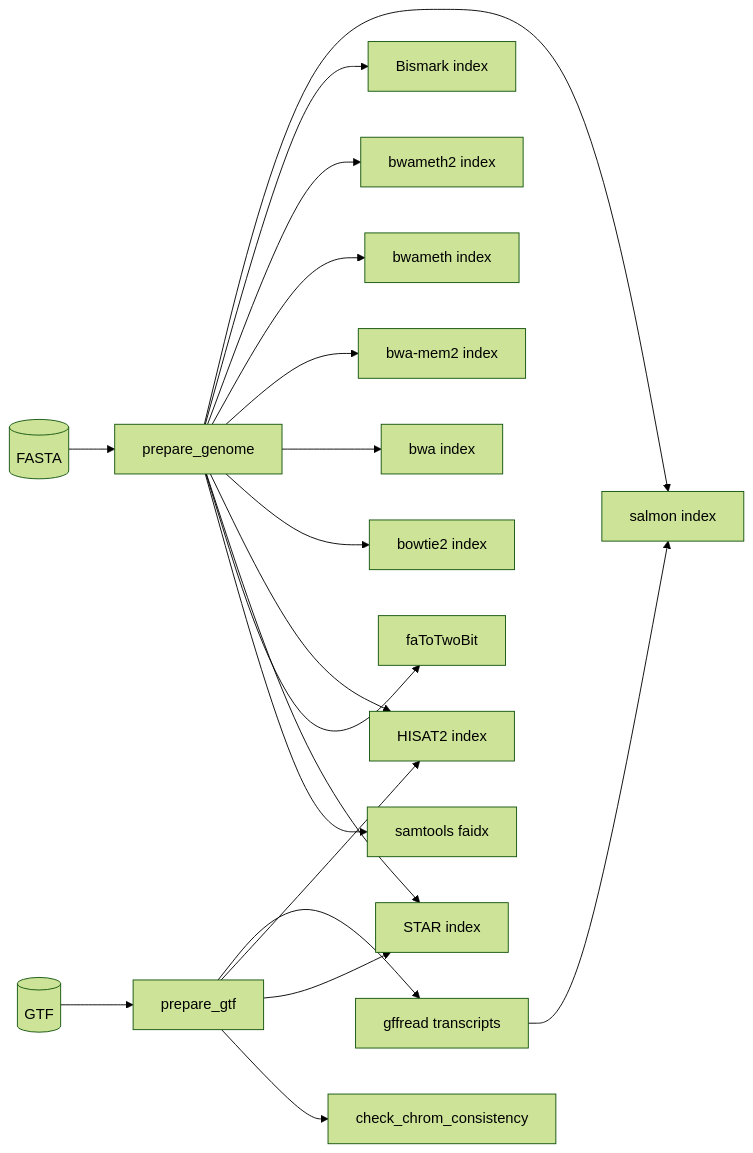
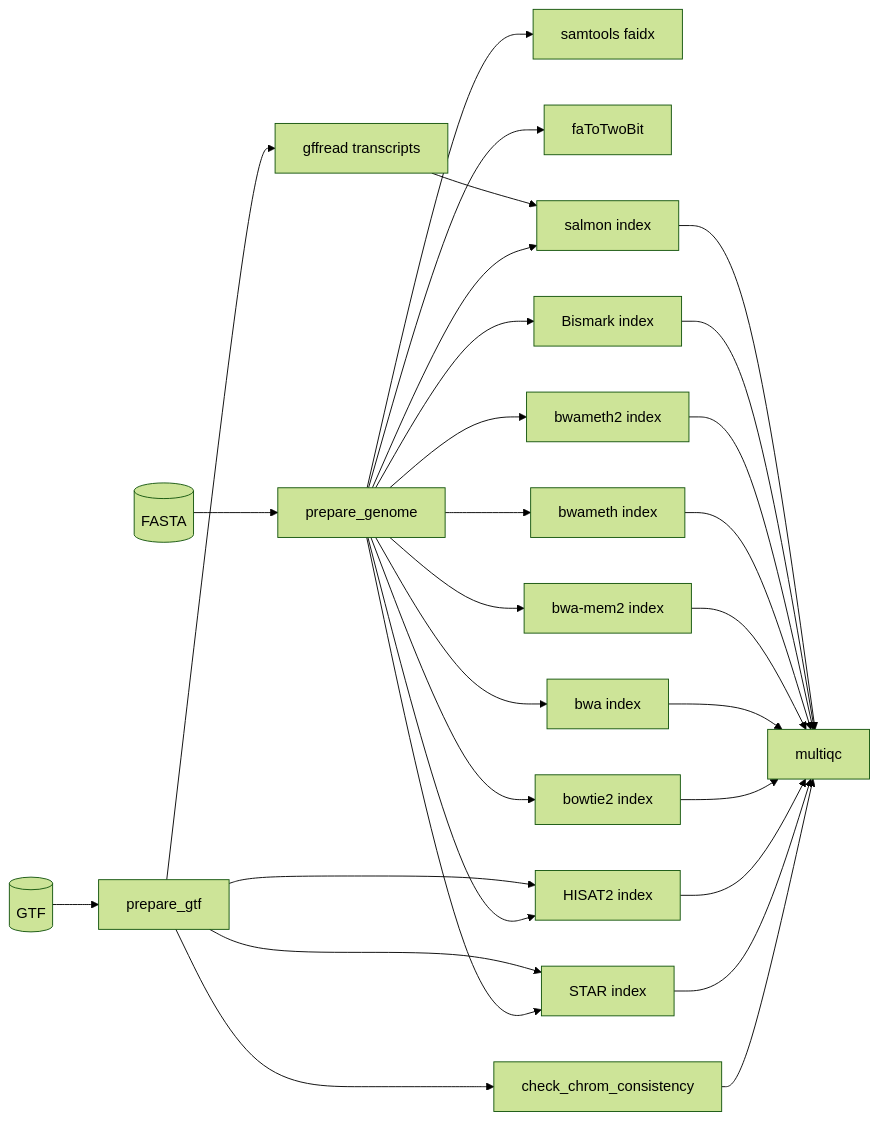
The diagram in README.md (altintasali/aligner-index-builder), drawn with Mermaid (forest theme) before and after one commit. The commit also changed other lines of this file and 13 other files, not shown here.

````diff
--- a/README.md
+++ b/README.md
@@ -269,21 +315,31 @@
 ```mermaid
 flowchart LR
     fasta[(FASTA)] --> prep[prepare_genome]
     gtf[(GTF)] --> prepgtf[prepare_gtf]
     prep --> fai[samtools faidx]
     prep --> twoBit[faToTwoBit]
     prep --> star[STAR index]
     prep --> hisat2[HISAT2 index]
     prep --> bowtie2[bowtie2 index]
     prep --> bwa[bwa index]
     prep --> bwa2[bwa-mem2 index]
     prep --> bwameth[bwameth index]
     prep --> bwameth2[bwameth2 index]
     prep --> bismark[Bismark index]
     prep --> salmon[salmon index]
     prepgtf --> check[check_chrom_consistency]
     prepgtf --> star
     prepgtf --> hisat2
     prepgtf --> gffread[gffread transcripts]
     gffread --> salmon
+    check --> qc[multiqc]
+    star --> qc
+    hisat2 --> qc
+    bowtie2 --> qc
+    bwa --> qc
+    bwa2 --> qc
+    bwameth --> qc
+    bwameth2 --> qc
+    bismark --> qc
+    salmon --> qc
 ```
````
